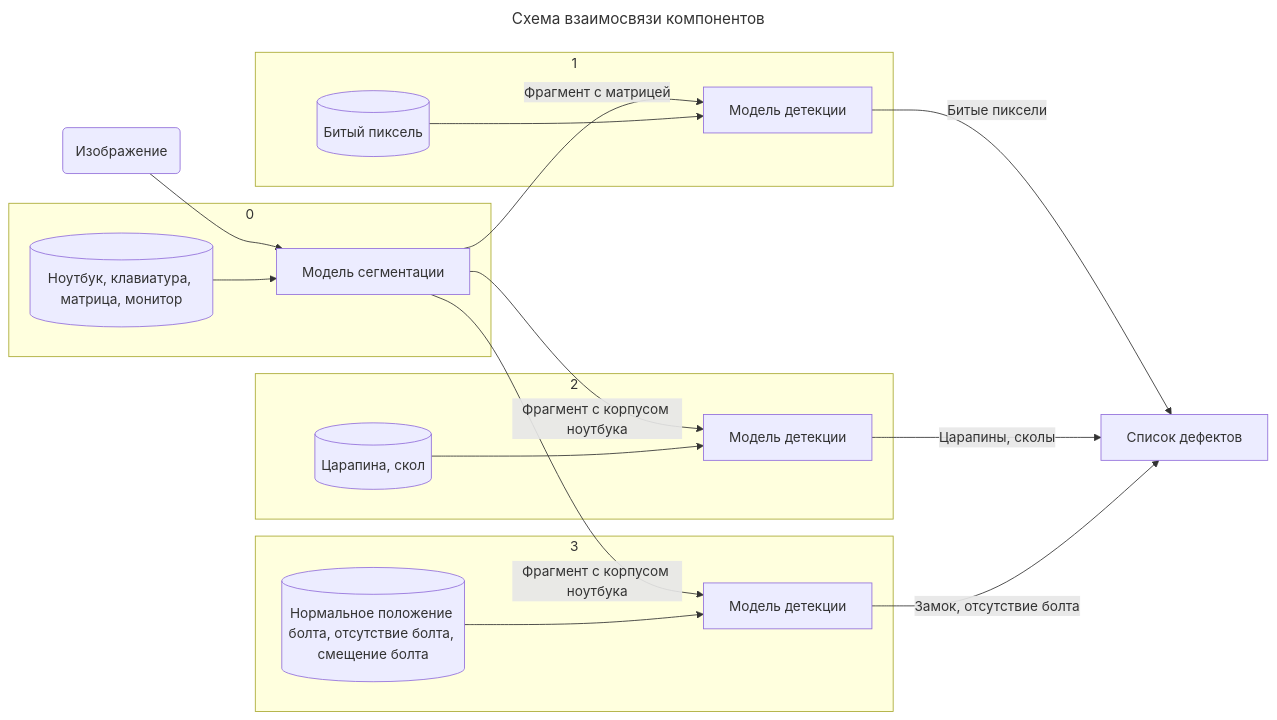
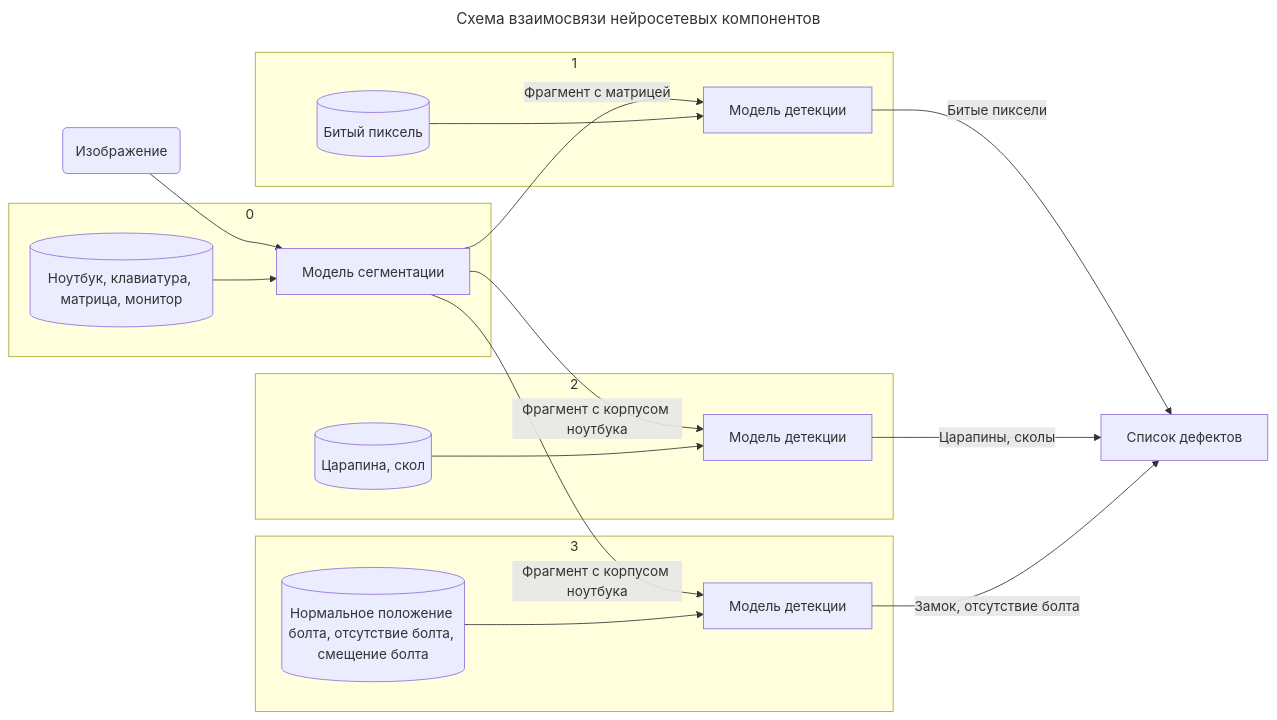
One commit to danilwithonei/hack2024 changed the first of 2 diagrams in README.md. Above: the diagram before and after it, drawn with Mermaid. The commit also changed other lines of this file, not shown here.

````diff
--- a/README.md
+++ b/README.md
@@ -13,26 +14,26 @@
 ```mermaid
 ---
-title: Схема взаимосвязи компонентов
+title: Схема взаимосвязи нейросетевых компонентов
 ---
 graph LR
 I(Изображение) --> A
 A[Модель сегментации] -->|Фрагмент с матрицей| B[Модель детекции]
 A -->|Фрагмент с корпусом ноутбука| C[Модель детекции]
 A -->|Фрагмент с корпусом ноутбука| D[Модель детекции]
 B -->|Битые пиксели| E[Список дефектов]
 C -->|Царапины, сколы| E
 D -->|Замок, отсутствие болта| E
 
 subgraph 0
 A1[(Ноутбук, клавиатура, матрица, монитор)] --> A
 end
 subgraph 1
 B1[(Битый пиксель)] --> B
 end
 subgraph 2
 C1[(Царапина, скол)] --> C
 end
 subgraph 3
 D1[(Нормальное положение болта, отсутствие болта, смещение болта)] --> D
 end
 ```
````
